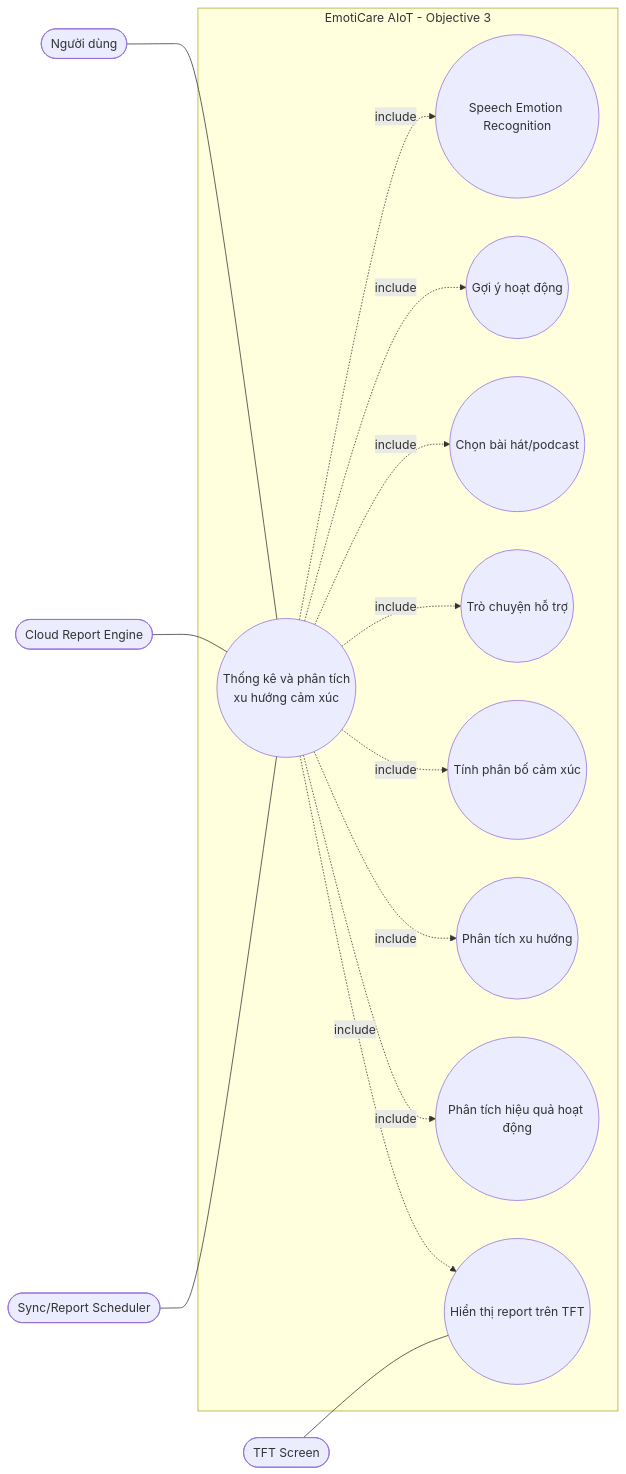
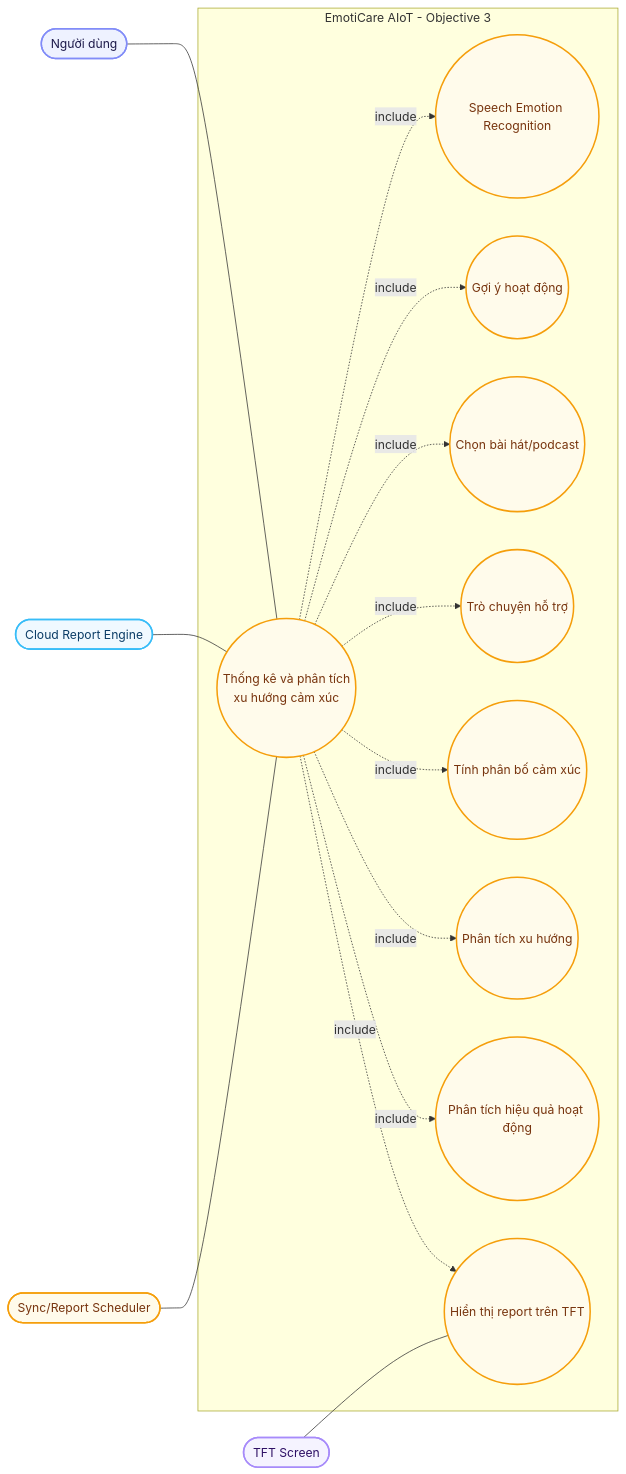
Diagram 11 of 12 in docs/Spectification/EmotiCareAIoT/03_Objectives.md (Computer-Vision-HCMUS/AIoT-Server), drawn with Mermaid before and after one commit. The commit also changed other lines of this file and 88 other files, not shown here.

````diff
--- a/docs/Spectification/EmotiCareAIoT/03_Objectives.md
+++ b/docs/Spectification/EmotiCareAIoT/03_Objectives.md
@@ -483,32 +604,44 @@
 ```mermaid
 flowchart LR
     User(["Người dùng"])
     Cloud(["Cloud Report Engine"])
     TFT(["TFT Screen"])
     Scheduler(["Sync/Report Scheduler"])
 
     subgraph System["EmotiCare AIoT - Objective 3"]
         UC05(("Thống kê và phân tích\nxu hướng cảm xúc"))
         UC01(("Speech Emotion Recognition"))
         UC02(("Gợi ý hoạt động"))
         UC03(("Chọn bài hát/podcast"))
         UC04(("Trò chuyện hỗ trợ"))
         UC04A(("Tính phân bố cảm xúc"))
         UC04B(("Phân tích xu hướng"))
         UC04C(("Phân tích hiệu quả hoạt động"))
         UC04D(("Hiển thị report trên TFT"))
     end
 
     User --- UC05
     Cloud --- UC05
     TFT --- UC04D
     Scheduler --- UC05
     UC05 -. "include" .-> UC01
     UC05 -. "include" .-> UC02
     UC05 -. "include" .-> UC03
     UC05 -. "include" .-> UC04
     UC05 -. "include" .-> UC04A
     UC05 -. "include" .-> UC04B
     UC05 -. "include" .-> UC04C
     UC05 -. "include" .-> UC04D
+
+
+    classDef userNode stroke:#818cf8,fill:#eef2ff,stroke-width:2px,color:#1e1b4b
+    classDef edgeNode stroke:#a78bfa,fill:#f5f3ff,stroke-width:2px,color:#2e1065
+    classDef cacheNode stroke:#2dd4bf,fill:#f0fdfa,stroke-width:2px,color:#0d5a57
+    classDef cloudNode stroke:#38bdf8,fill:#f0f9ff,stroke-width:2px,color:#0c3d67
+    classDef serviceNode stroke:#4ade80,fill:#f0fdf4,stroke-width:2px,color:#1a3a1a
+    classDef actionNode stroke:#f59e0b,fill:#fffbeb,stroke-width:2px,color:#78350f
+    class User userNode
+    class TFT edgeNode
+    class Cloud cloudNode
+    class Scheduler,UC05,UC01,UC02,UC03,UC04,UC04A,UC04B,UC04C,UC04D actionNode
 ```
````
